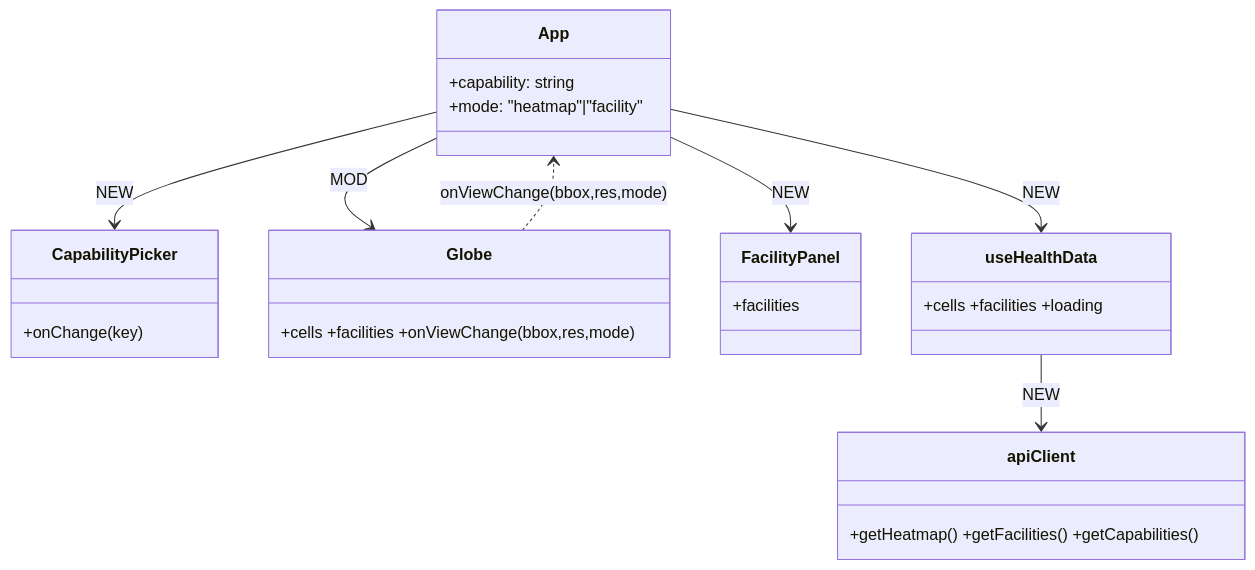
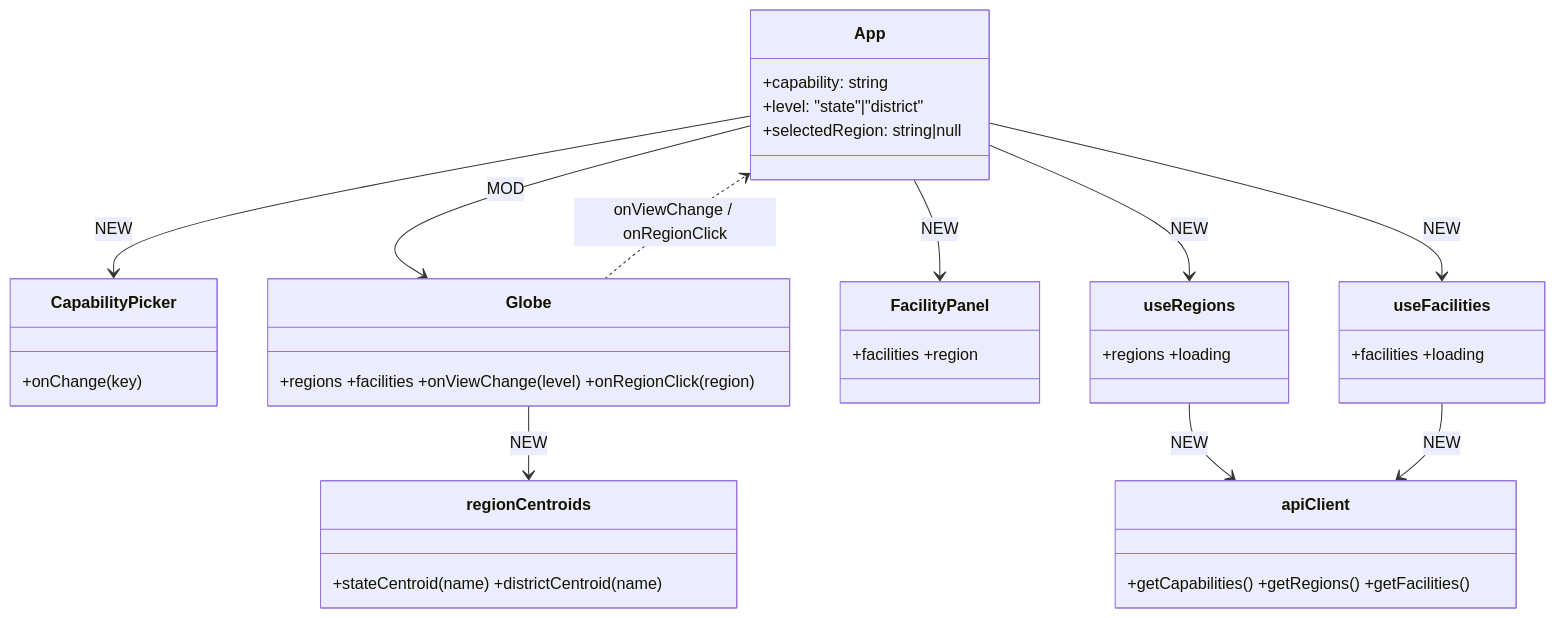
The first of 2 diagrams in docs/superpowers/specs/2026-07-19-india-healthcare-globe-design.md (kahuysen/Hack-nation-For-India), drawn with Mermaid before and after one commit. The commit also changed other lines of this file, not shown here.

First line of the commit message:
Realign globe spec to deployed region-based API

````diff
--- a/docs/superpowers/specs/2026-07-19-india-healthcare-globe-design.md
+++ b/docs/superpowers/specs/2026-07-19-india-healthcare-globe-design.md
@@ -99,19 +104,25 @@
 ```mermaid
 classDiagram
     class App {
         +capability: string
-        +mode: "heatmap"|"facility"
+        +level: "state"|"district"
+        +selectedRegion: string|null
     }
     class CapabilityPicker { +onChange(key) }
-    class Globe { +cells +facilities +onViewChange(bbox,res,mode) }
-    class FacilityPanel { +facilities }
-    class useHealthData { +cells +facilities +loading }
-    class apiClient { +getHeatmap() +getFacilities() +getCapabilities() }
+    class Globe { +regions +facilities +onViewChange(level) +onRegionClick(region) }
+    class FacilityPanel { +facilities +region }
+    class useRegions { +regions +loading }
+    class useFacilities { +facilities +loading }
+    class apiClient { +getCapabilities() +getRegions() +getFacilities() }
+    class regionCentroids { +stateCentroid(name) +districtCentroid(name) }
 
     App --> CapabilityPicker : NEW
     App --> Globe : MOD
     App --> FacilityPanel : NEW
-    App --> useHealthData : NEW
-    useHealthData --> apiClient : NEW
-    Globe ..> App : onViewChange(bbox,res,mode)
+    App --> useRegions : NEW
+    App --> useFacilities : NEW
+    useRegions --> apiClient : NEW
+    useFacilities --> apiClient : NEW
+    Globe --> regionCentroids : NEW
+    Globe ..> App : onViewChange / onRegionClick
 ```
````
